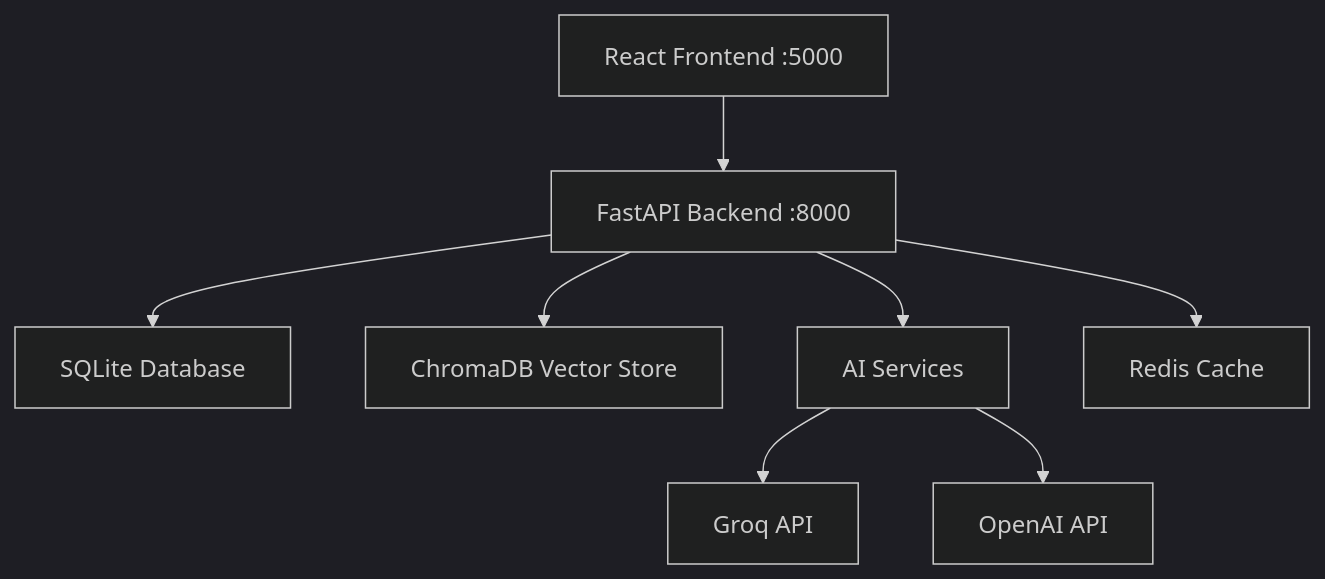
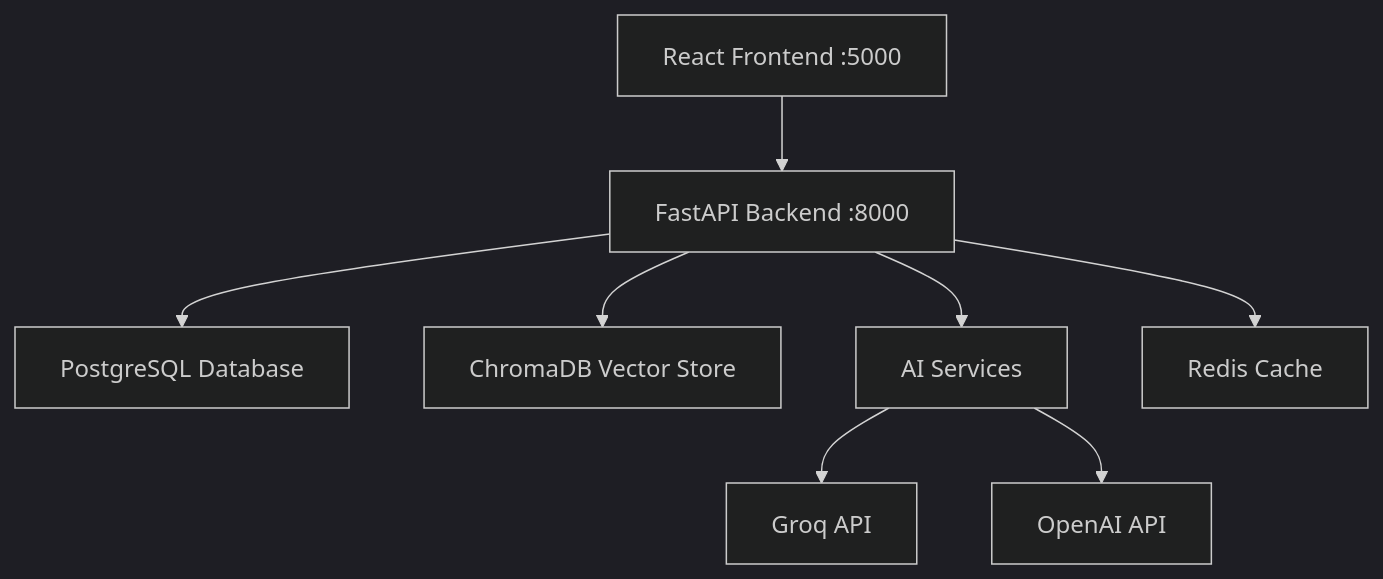
One commit to riju-talk/autonomous-interview-interface changed the diagram in docs/SETUP.md. Above: the diagram before and after it, drawn with Mermaid (dark theme). The commit also changed other lines of this file and 18 other files, not shown here.

````diff
--- a/docs/SETUP.md
+++ b/docs/SETUP.md
@@ -7,10 +7,10 @@
 ```mermaid
 graph TD
     A[React Frontend :5000] --> B[FastAPI Backend :8000]
-    B --> C[SQLite Database]
+    B --> C[PostgreSQL Database]
     B --> D[ChromaDB Vector Store]
     B --> E[AI Services]
     E --> F[Groq API]
     E --> G[OpenAI API]
     B --> H[Redis Cache]
 ```
````
